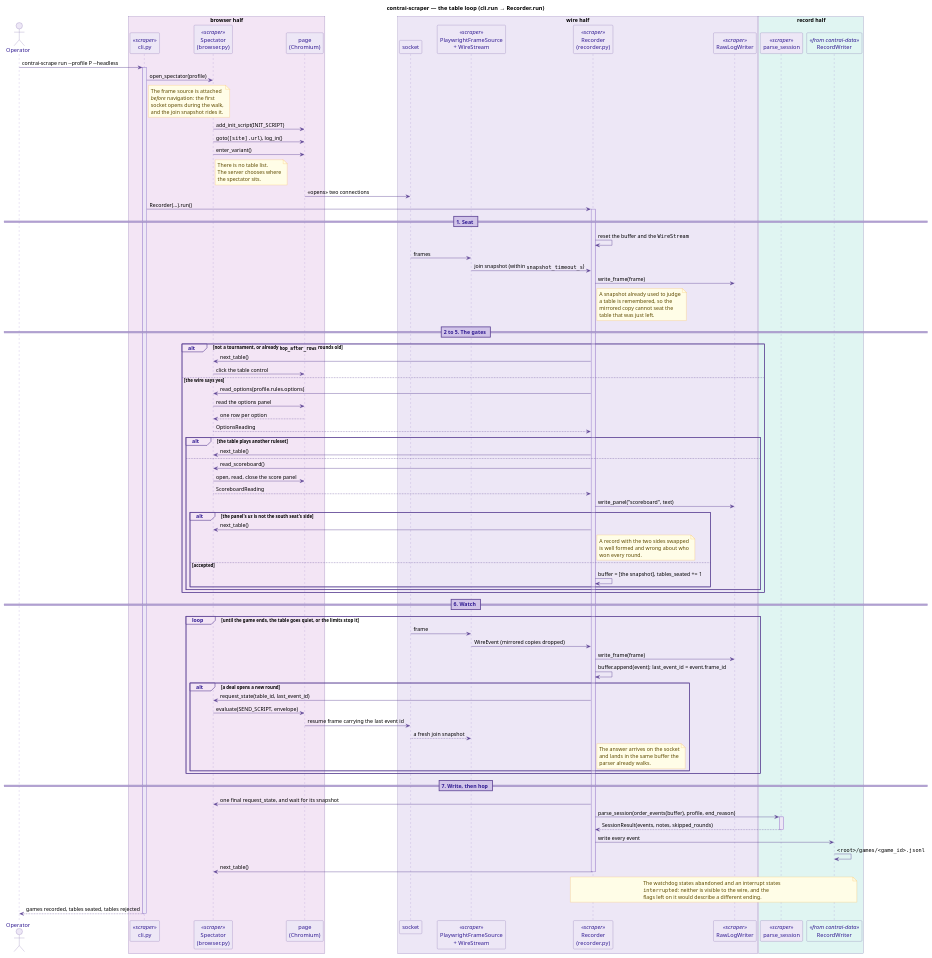
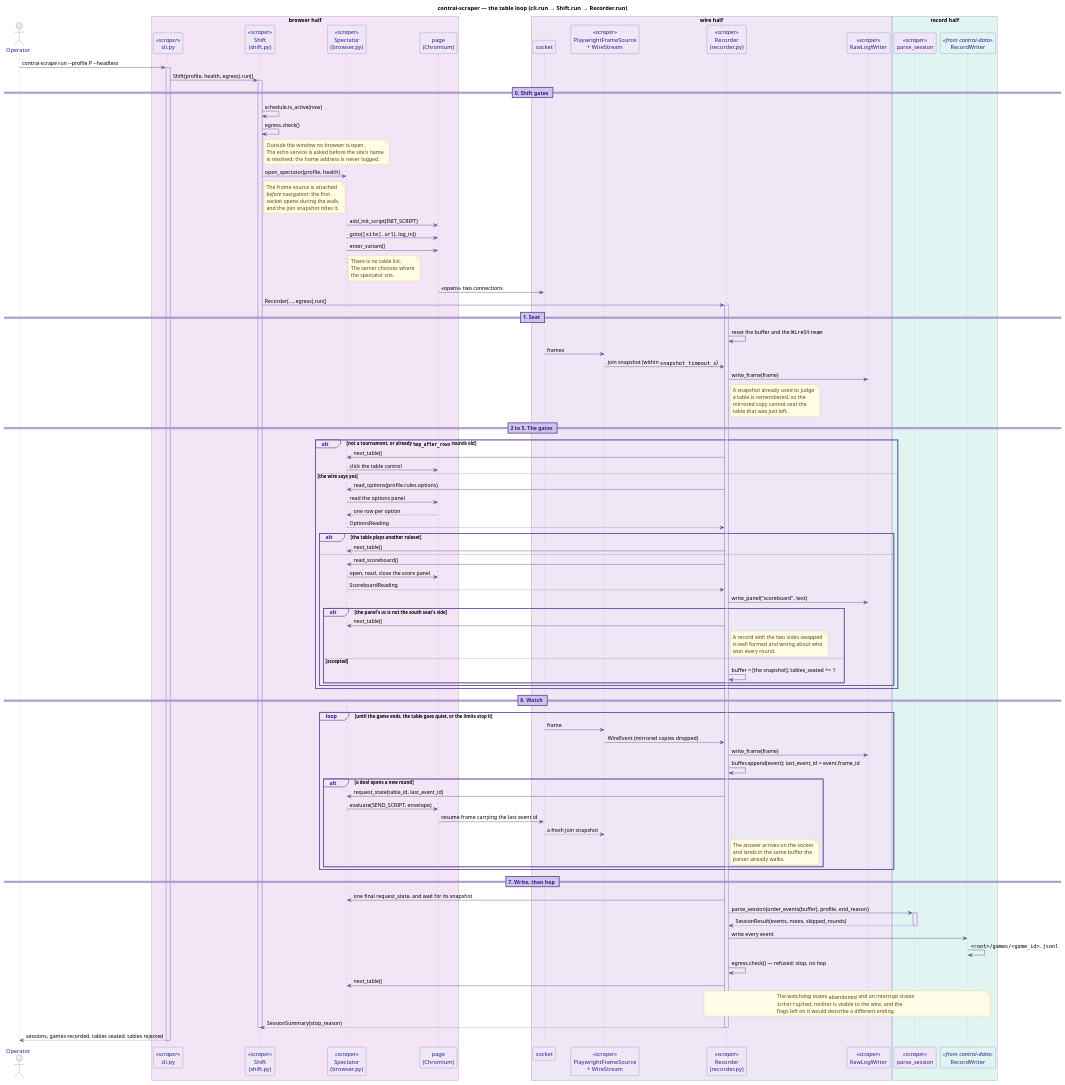
Before and after one commit to valmathieu/ContrAI: the diagram in docs/diagrams/seq_scraper.puml, drawn with PlantUML. The commit also changed 13 other files, not shown here.

First line of the commit message:
feat(scraper): run shifts inside the schedule window

```diff
--- a/docs/diagrams/seq_scraper.puml
+++ b/docs/diagrams/seq_scraper.puml
@@ -1,159 +1,176 @@
 @startuml seq_scraper
-title contrai-scraper — the table loop (cli.run → Recorder.run)
+title contrai-scraper — the table loop (cli.run → Shift.run → Recorder.run)
 
 ' --- Palette: scraper purple, with contrai-data teal for the record end ---
 skinparam shadowing false
 skinparam sequence {
     ArrowColor #5E4495
     LifeLineBorderColor #9B7FCC
     LifeLineBackgroundColor #EDE7F6
     ParticipantBorderColor #5E4495
     ParticipantBackgroundColor #EDE7F6
     ParticipantFontColor #311B92
     ActorBorderColor #5E4495
     ActorBackgroundColor #EDE7F6
     ActorFontColor #311B92
     GroupBorderColor #5E4495
     GroupBackgroundColor #F3E5F5
     GroupHeaderFontColor #311B92
     BoxBorderColor #5E4495
     BoxBackgroundColor #F3E5F5
     DividerBorderColor #5E4495
     DividerBackgroundColor #D1C4E9
     DividerFontColor #311B92
 }
 skinparam note {
     BackgroundColor #FFFDE7
     BorderColor #F9A825
     FontColor #5F4B00
 }
 
 actor "Operator" as U
 
 box "browser half" #F3E5F5
     participant "cli.py" as C <<scraper>>
+    participant "Shift\n(shift.py)" as SH <<scraper>>
     participant "Spectator\n(browser.py)" as SP <<scraper>>
     participant "page\n(Chromium)" as PG
 end box
 
 box "wire half" #EDE7F6
     participant "socket" as SK
     participant "PlaywrightFrameSource\n+ WireStream" as FS <<scraper>>
     participant "Recorder\n(recorder.py)" as R <<scraper>>
     participant "RawLogWriter" as RL <<scraper>>
 end box
 
 box "record half" #E0F5F2
     participant "parse_session" as PS <<scraper>> #EDE7F6
     participant "RecordWriter" as RW <<from contrai-data>> #E0F5F2
 end box
 
 ' The two flags are escaped: a paired ""--"" in Creole prose is strikethrough.
 U -> C : contrai-scrape run ~--profile P ~--headless
 activate C
 
-C -> SP : open_spectator(profile)
-note right of C
+C -> SH : Shift(profile, health, egress).run()
+activate SH
+
+== 0. Shift gates ==
+
+SH -> SH : schedule.is_active(now)
+SH -> SH : egress.check()
+note right of SH
+  Outside the window no browser is open.
+  The echo service is asked before the site's name
+  is resolved; the home address is never logged.
+end note
+
+SH -> SP : open_spectator(profile, health)
+note right of SH
   The frame source is attached
   //before// navigation: the first
   socket opens during the walk,
   and the join snapshot rides it.
 end note
 SP -> PG : add_init_script(INIT_SCRIPT)
 SP -> PG : goto(""[site].url""), log_in()
 SP -> PG : enter_variant()
 note right of SP
   There is no table list.
   The server chooses where
   the spectator sits.
 end note
 PG -> SK : <<opens>> two connections
 
-C -> R : Recorder(...).run()
+SH -> R : Recorder(..., egress).run()
 activate R
 
 == 1. Seat ==
 
 R -> R : reset the buffer and the ""WireStream""
 SK -> FS : frames
 FS -> R : join snapshot (within ""snapshot_timeout_s"")
 R -> RL : write_frame(frame)
 note right of R
   A snapshot already used to judge
   a table is remembered, so the
   mirrored copy cannot seat the
   table that was just left.
 end note
 
 == 2 to 5. The gates ==
 
 alt not a tournament, or already ""hop_after_rows"" rounds old
     R -> SP : next_table()
     SP -> PG : click the table control
 else the wire says yes
     R -> SP : read_options(profile.rules.options)
     SP -> PG : read the options panel
     PG --> SP : one row per option
     SP --> R : OptionsReading
     alt the table plays another ruleset
         R -> SP : next_table()
     else
         R -> SP : read_scoreboard()
         SP -> PG : open, read, close the score panel
         SP --> R : ScoreboardReading
         R -> RL : write_panel("scoreboard", text)
         alt the panel's //us// is not the south seat's side
             R -> SP : next_table()
             note right of R
               A record with the two sides swapped
               is well formed and wrong about who
               won every round.
             end note
         else accepted
             R -> R : buffer = [the snapshot], tables_seated += 1
         end
     end
 end
 
 == 6. Watch ==
 
 loop until the game ends, the table goes quiet, or the limits stop it
     SK -> FS : frame
     FS -> R : WireEvent (mirrored copies dropped)
     R -> RL : write_frame(frame)
     R -> R : buffer.append(event); last_event_id = event.frame_id
 
     alt a deal opens a new round
         R -> SP : request_state(table_id, last_event_id)
         SP -> PG : evaluate(SEND_SCRIPT, envelope)
         PG -> SK : resume frame carrying the last event id
         SK --> FS : a fresh join snapshot
         note right of R
           The answer arrives on the socket
           and lands in the same buffer the
           parser already walks.
         end note
     end
 end
 
 == 7. Write, then hop ==
 
 R -> SP : one final request_state, and wait for its snapshot
 R -> PS : parse_session(order_events(buffer), profile, end_reason)
 activate PS
 PS --> R : SessionResult(events, notes, skipped_rounds)
 deactivate PS
 R -> RW : write every event
 RW -> RW : ""<root>/games/<game_id>.jsonl""
+R -> R : egress.check() — refused: stop, no hop
 R -> SP : next_table()
 note over R, RW
   The watchdog states ""abandoned"" and an interrupt states
   ""interrupted"": neither is visible to the wire, and the
   flags left on it would describe a different ending.
 end note
 
+SH <-- R : SessionSummary(stop_reason)
 deactivate R
-C --> U : games recorded, tables seated, tables rejected
+deactivate SH
+C --> U : sessions, games recorded, tables seated, tables rejected
 deactivate C
 
 @enduml
```
